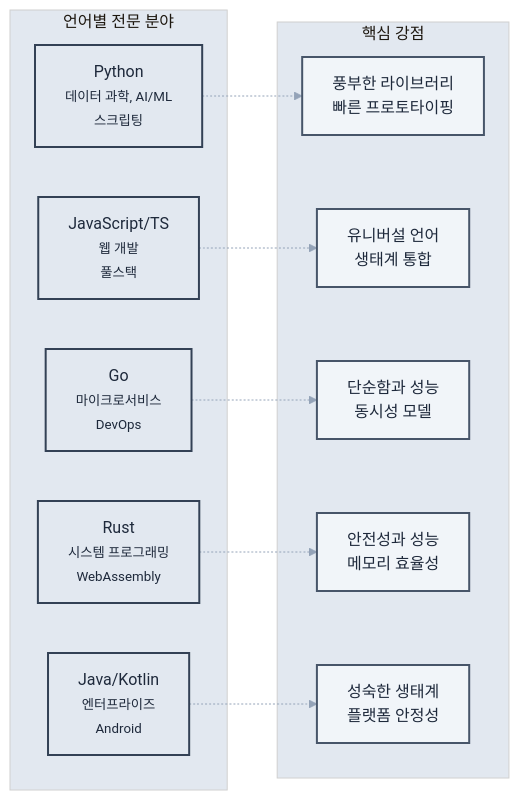
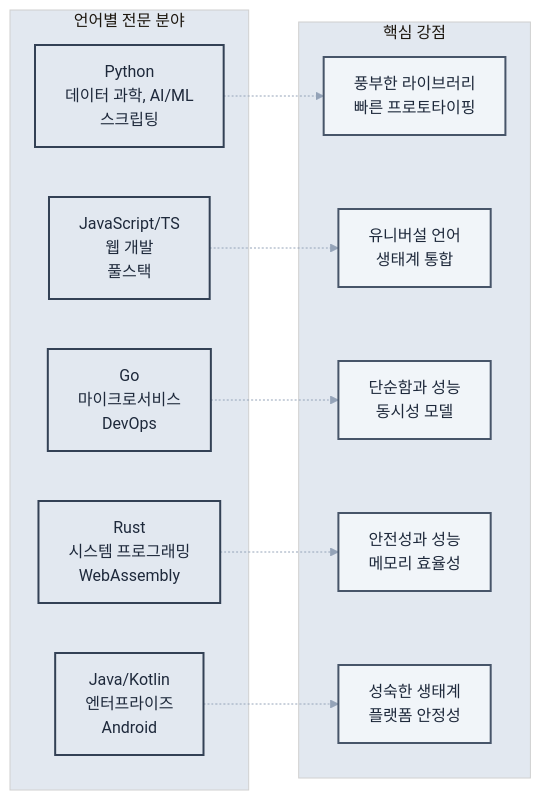
The fourth of 5 diagrams in book/06-chapter6.md (revfactory/claude-code-mastering), drawn with Mermaid before and after one commit. The commit also changed other lines of this file and 10 other files, not shown here.

First line of the commit message:
fix: 챕터 2-13 Mermaid 다이어그램 텍스트 렌더링 최적화

````diff
--- a/book/06-chapter6.md
+++ b/book/06-chapter6.md
@@ -1537,31 +1537,31 @@
 ```mermaid
-%%{init: {"theme": "base", "themeVariables": {"primaryColor": "#f8fafc", "primaryTextColor": "#1e293b", "primaryBorderColor": "#e2e8f0", "lineColor": "#94a3b8", "secondaryColor": "#f1f5f9", "tertiaryColor": "#e2e8f0"}}}%%
+%%{init: {"theme": "base", "themeVariables": {"primaryColor": "#f8fafc", "primaryTextColor": "#1e293b", "primaryBorderColor": "#e2e8f0", "lineColor": "#94a3b8", "secondaryColor": "#f1f5f9", "tertiaryColor": "#e2e8f0"}, "flowchart": {"htmlLabels": false, "useMaxWidth": false}}}%%
 graph LR
     subgraph languages [언어별 전문 분야]
-        A[Python<br/><small>데이터 과학, AI/ML<br/>스크립팅</small>] 
-        B[JavaScript/TS<br/><small>웹 개발<br/>풀스택</small>]
-        C[Go<br/><small>마이크로서비스<br/>DevOps</small>]
-        D[Rust<br/><small>시스템 프로그래밍<br/>WebAssembly</small>]
-        E[Java/Kotlin<br/><small>엔터프라이즈<br/>Android</small>]
+        A[Python<br/>데이터 과학, AI/ML<br/>스크립팅] 
+        B[JavaScript/TS<br/>웹 개발<br/>풀스택]
+        C[Go<br/>마이크로서비스<br/>DevOps]
+        D[Rust<br/>시스템 프로그래밍<br/>WebAssembly]
+        E[Java/Kotlin<br/>엔터프라이즈<br/>Android]
     end
     
     subgraph strengths [핵심 강점]
         F[풍부한 라이브러리<br/>빠른 프로토타이핑]
         G[유니버설 언어<br/>생태계 통합]
         H[단순함과 성능<br/>동시성 모델]
         I[안전성과 성능<br/>메모리 효율성]
         J[성숙한 생태계<br/>플랫폼 안정성]
     end
     
     A -.-> F
     B -.-> G
     C -.-> H
     D -.-> I
     E -.-> J
     
     classDef langStyle fill:#e2e8f0,stroke:#334155,stroke-width:2px,color:#1e293b
     classDef strengthStyle fill:#f1f5f9,stroke:#475569,stroke-width:2px,color:#1e293b
     
     class A,B,C,D,E langStyle
     class F,G,H,I,J strengthStyle
 ```
````
